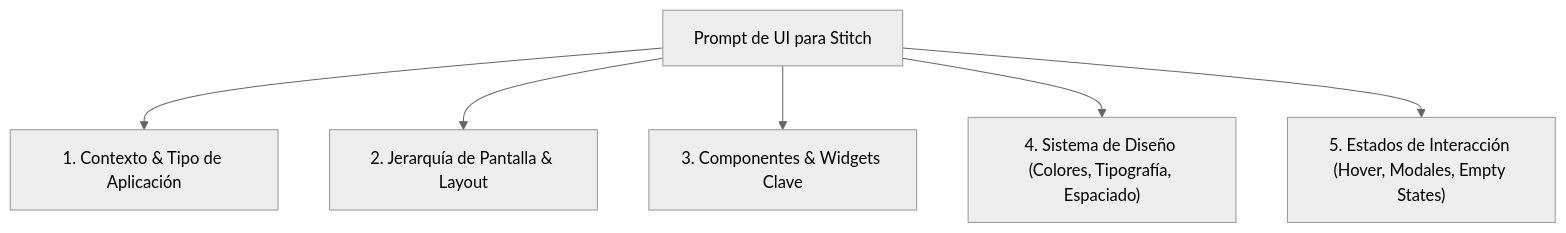
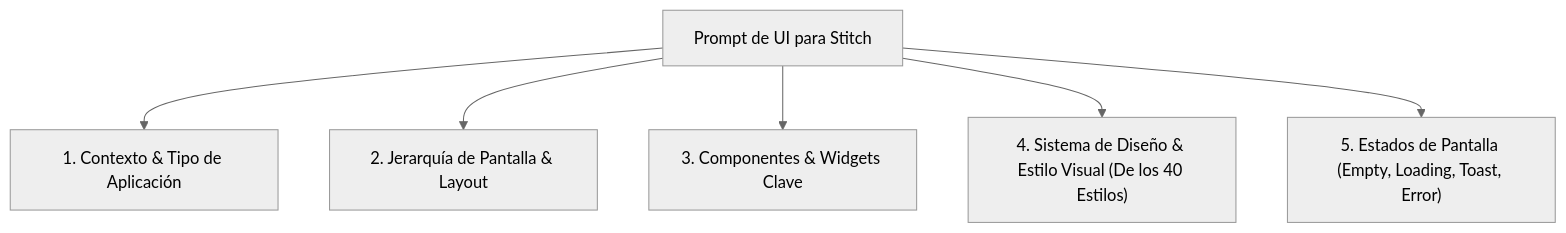
One commit to miuguelt/guia-desarrollo-guiado changed the diagram in 03_PROTOTIPADO_CON_GOOGLE_STITCH.md. Above: the diagram before and after it, drawn with Mermaid (neutral theme). The commit also changed other lines of this file and 16 other files, not shown here.

````diff
--- a/03_PROTOTIPADO_CON_GOOGLE_STITCH.md
+++ b/03_PROTOTIPADO_CON_GOOGLE_STITCH.md
@@ -14,8 +14,8 @@
 ```mermaid
 graph TD
     A["Prompt de UI para Stitch"] --> B["1. Contexto & Tipo de Aplicación"]
     A --> C["2. Jerarquía de Pantalla & Layout"]
     A --> D["3. Componentes & Widgets Clave"]
-    A --> E["4. Sistema de Diseño (Colores, Tipografía, Espaciado)"]
-    A --> F["5. Estados de Interacción (Hover, Modales, Empty States)"]
+    A --> E["4. Sistema de Diseño & Estilo Visual (De los 40 Estilos)"]
+    A --> F["5. Estados de Pantalla (Empty, Loading, Toast, Error)"]
 ```
````
